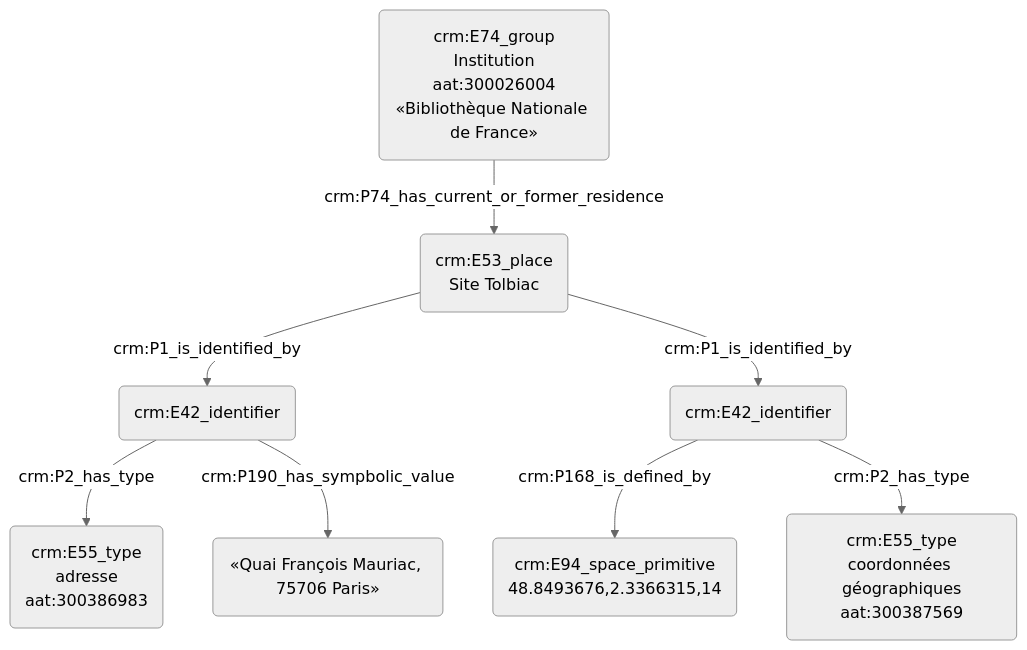
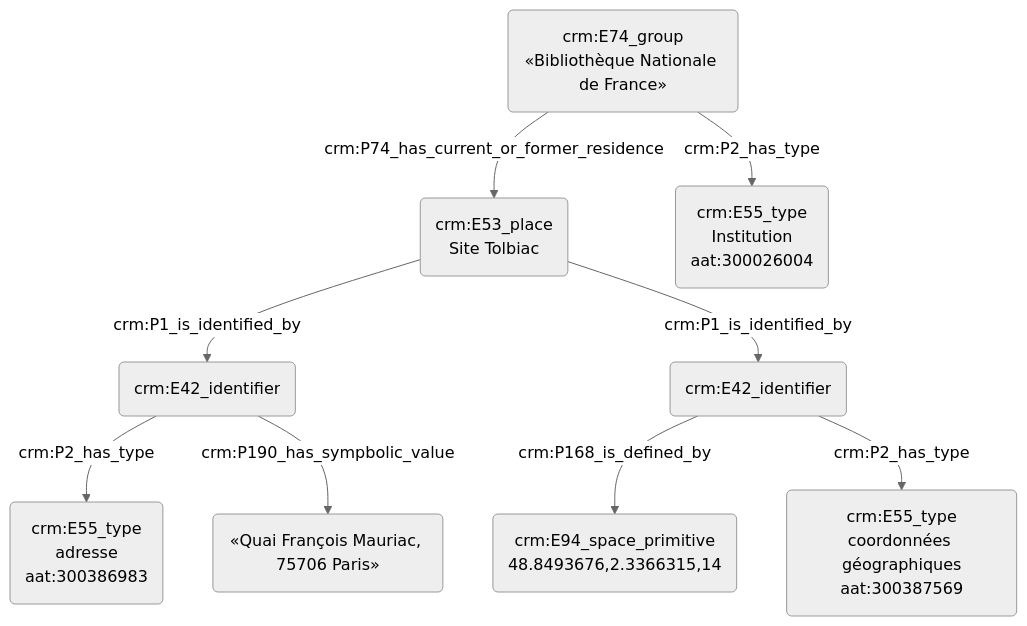
One commit to Amleth/consortium-musica2-gt2-ontologies changed the diagram in modules/livrables/Dossier 2/Indexation conceptuelle/indexation_d_un_lieu.md. Above: the diagram before and after it, drawn with Mermaid (neutral theme). The commit also changed other lines of this file, not shown here.

````diff
--- a/modules/livrables/Dossier 2/Indexation conceptuelle/indexation_d_un_lieu.md
+++ b/modules/livrables/Dossier 2/Indexation conceptuelle/indexation_d_un_lieu.md
@@ -17,16 +17,16 @@
 ```mermaid
 graph TD;
 
 A(crm:E53_place<br>Site Tolbiac) --> |crm:P1_is_identified_by| B(crm:E42_identifier)
 A(crm:E53_place<br>Site Tolbiac) --> |crm:P1_is_identified_by| S(crm:E42_identifier)
 S(crm:E42_identifier) --> |crm:P168_is_defined_by| Z(crm:E94_space_primitive<br>48.8493676,2.3366315,14)
 S(crm:E42_identifier) --> |crm:P2_has_type| N(crm:E55_type<br>coordonnées géographiques<br>aat:300387569)
 
 B(crm:E42_identifier) --> |crm:P2_has_type| X(crm:E55_type<br>adresse<br>aat:300386983)
 B(crm:E42_identifier) --> |crm:P190_has_sympbolic_value| Y(«Quai François Mauriac, 75706 Paris»)
 
 
-C(crm:E74_group<br>Institution<br>aat:300026004<br>«Bibliothèque Nationale de France») --> |crm:P74_has_current_or_former_residence| A(crm:E53_place<br>Site Tolbiac)
-
+C(crm:E74_group<br>«Bibliothèque Nationale de France») --> |crm:P74_has_current_or_former_residence| A(crm:E53_place<br>Site Tolbiac)
+C(crm:E74_group<br>«Bibliothèque Nationale de France») --> |crm:P2_has_type| H(crm:E55_type<br>Institution<br>aat:300026004)
 
 ```
````
